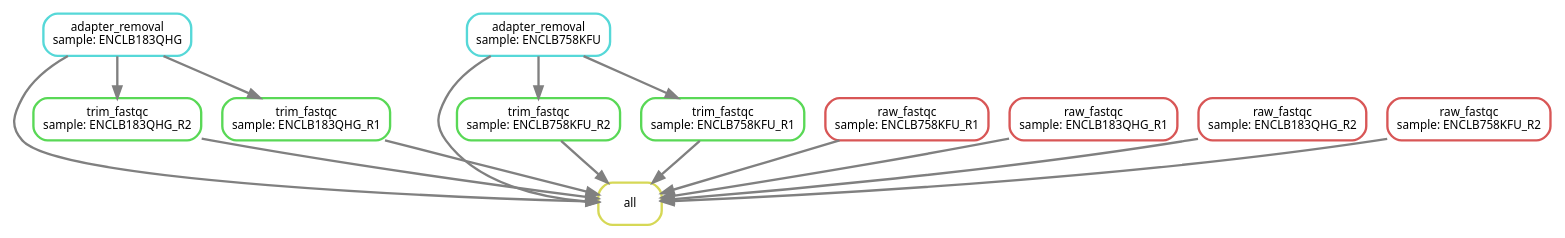
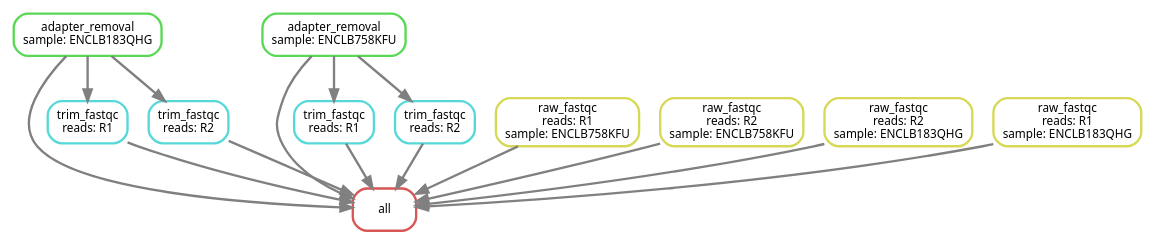
One commit to DRMCRL/ENCODE_T47D_HiC_ENCSR549MGQ changed the diagram in output/dag.dot. Above: the diagram before and after it, drawn with Graphviz. The commit also changed 13 other files, not shown here.

```diff
--- a/output/dag.dot
+++ b/output/dag.dot
@@ -1,30 +1,30 @@
 digraph snakemake_dag {
     graph[bgcolor=white, margin=0];
     node[shape=box, style=rounded, fontname=sans,                 fontsize=10, penwidth=2];
     edge[penwidth=2, color=grey];
-	0[label = "all", color = "0.17 0.6 0.85", style="rounded"];
-	1[label = "trim_fastqc\nsample: ENCLB183QHG_R2", color = "0.33 0.6 0.85", style="rounded"];
-	2[label = "adapter_removal\nsample: ENCLB183QHG", color = "0.50 0.6 0.85", style="rounded"];
-	3[label = "trim_fastqc\nsample: ENCLB758KFU_R2", color = "0.33 0.6 0.85", style="rounded"];
-	4[label = "raw_fastqc\nsample: ENCLB758KFU_R1", color = "0.00 0.6 0.85", style="rounded"];
-	5[label = "raw_fastqc\nsample: ENCLB183QHG_R1", color = "0.00 0.6 0.85", style="rounded"];
-	6[label = "raw_fastqc\nsample: ENCLB183QHG_R2", color = "0.00 0.6 0.85", style="rounded"];
-	7[label = "trim_fastqc\nsample: ENCLB758KFU_R1", color = "0.33 0.6 0.85", style="rounded"];
-	8[label = "raw_fastqc\nsample: ENCLB758KFU_R2", color = "0.00 0.6 0.85", style="rounded"];
-	9[label = "adapter_removal\nsample: ENCLB758KFU", color = "0.50 0.6 0.85", style="rounded"];
-	10[label = "trim_fastqc\nsample: ENCLB183QHG_R1", color = "0.33 0.6 0.85", style="rounded"];
+	0[label = "all", color = "0.00 0.6 0.85", style="rounded"];
+	1[label = "trim_fastqc\nreads: R1", color = "0.50 0.6 0.85", style="rounded"];
+	2[label = "adapter_removal\nsample: ENCLB758KFU", color = "0.33 0.6 0.85", style="rounded"];
+	3[label = "adapter_removal\nsample: ENCLB183QHG", color = "0.33 0.6 0.85", style="rounded"];
+	4[label = "trim_fastqc\nreads: R1", color = "0.50 0.6 0.85", style="rounded"];
+	5[label = "raw_fastqc\nreads: R1\nsample: ENCLB758KFU", color = "0.17 0.6 0.85", style="rounded"];
+	6[label = "trim_fastqc\nreads: R2", color = "0.50 0.6 0.85", style="rounded"];
+	7[label = "raw_fastqc\nreads: R2\nsample: ENCLB758KFU", color = "0.17 0.6 0.85", style="rounded"];
+	8[label = "trim_fastqc\nreads: R2", color = "0.50 0.6 0.85", style="rounded"];
+	9[label = "raw_fastqc\nreads: R2\nsample: ENCLB183QHG", color = "0.17 0.6 0.85", style="rounded"];
+	10[label = "raw_fastqc\nreads: R1\nsample: ENCLB183QHG", color = "0.17 0.6 0.85", style="rounded"];
 	1 -> 0
 	2 -> 0
 	3 -> 0
 	4 -> 0
 	5 -> 0
 	6 -> 0
 	7 -> 0
 	8 -> 0
 	9 -> 0
 	10 -> 0
-	2 -> 1
-	9 -> 3
-	9 -> 7
-	2 -> 10
+	3 -> 1
+	2 -> 4
+	3 -> 6
+	2 -> 8
 }            
```
